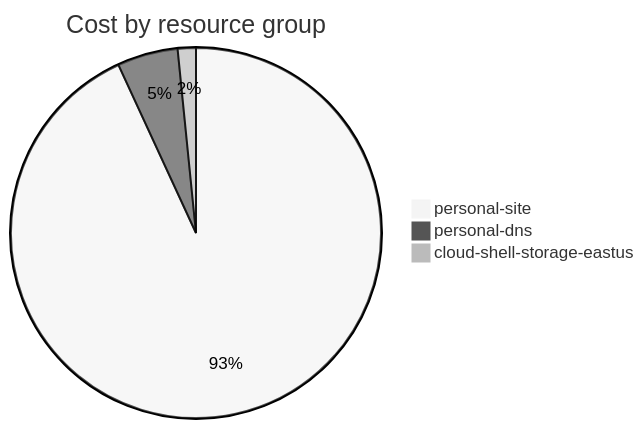
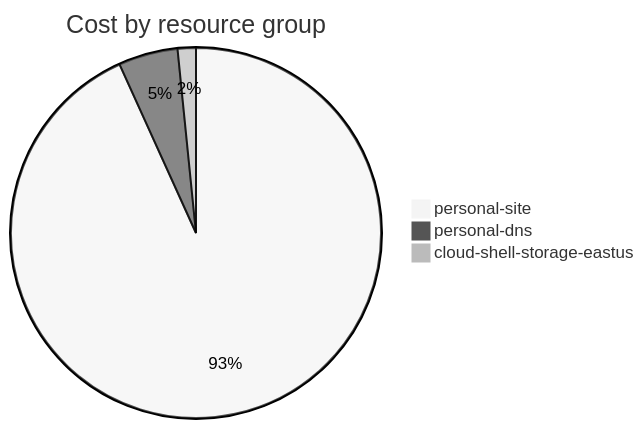
Before and after one commit to jpfulton/azure-personal-reports: the fourth of 4 diagrams in cost-reports/accumulated-cost.md, drawn with Mermaid (neutral theme). The commit also changed other lines of this file and 4 other files, not shown here.

````diff
--- a/cost-reports/accumulated-cost.md
+++ b/cost-reports/accumulated-cost.md
@@ -87,7 +141,7 @@
 ```mermaid
 pie
    title Cost by resource group
-   "personal-site" : 1.76
-   "personal-dns" : 0.10
-   "cloud-shell-storage-eastus" : 0.03
+   "personal-site" : 4.68
+   "personal-dns" : 0.26
+   "cloud-shell-storage-eastus" : 0.08
 ```
````
